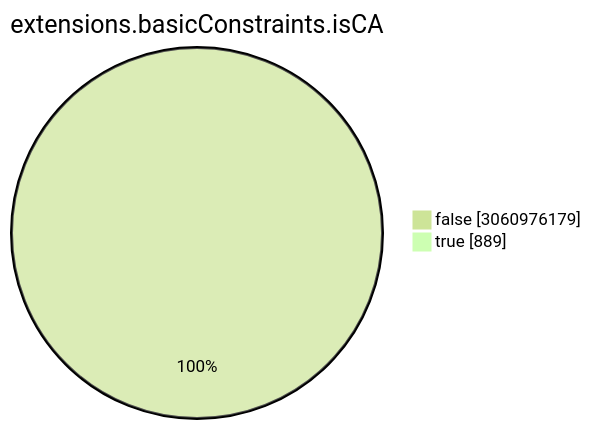
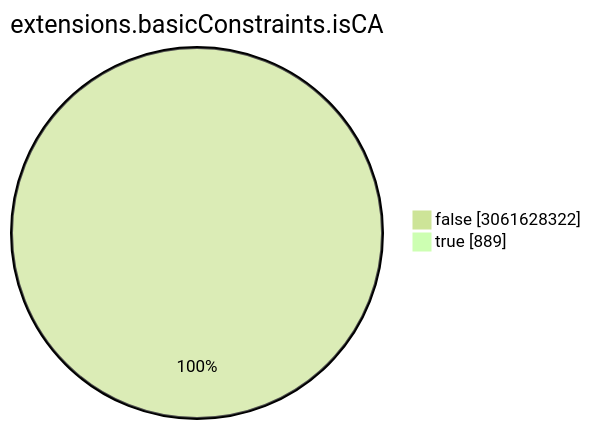
Before and after one commit to christiankrug/ctmonitor_visualization: the seventh of 15 diagrams in TOTAL/README.md, drawn with Mermaid (forest theme). The commit also changed other lines of this file, not shown here.

````diff
--- a/TOTAL/README.md
+++ b/TOTAL/README.md
@@ -3088,6 +3088,6 @@
 ```mermaid
 pie showData
 title extensions.basicConstraints.isCA
-"false" :3060976179
+"false" :3061628322
 "true" :889
 ```
````
